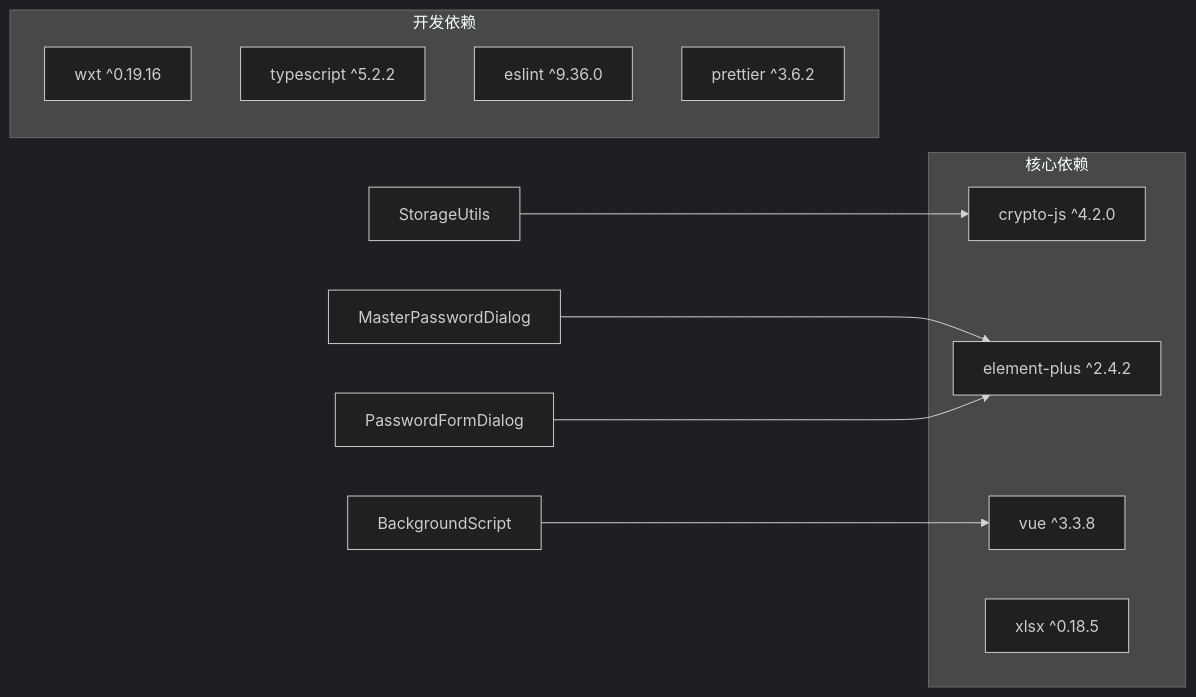
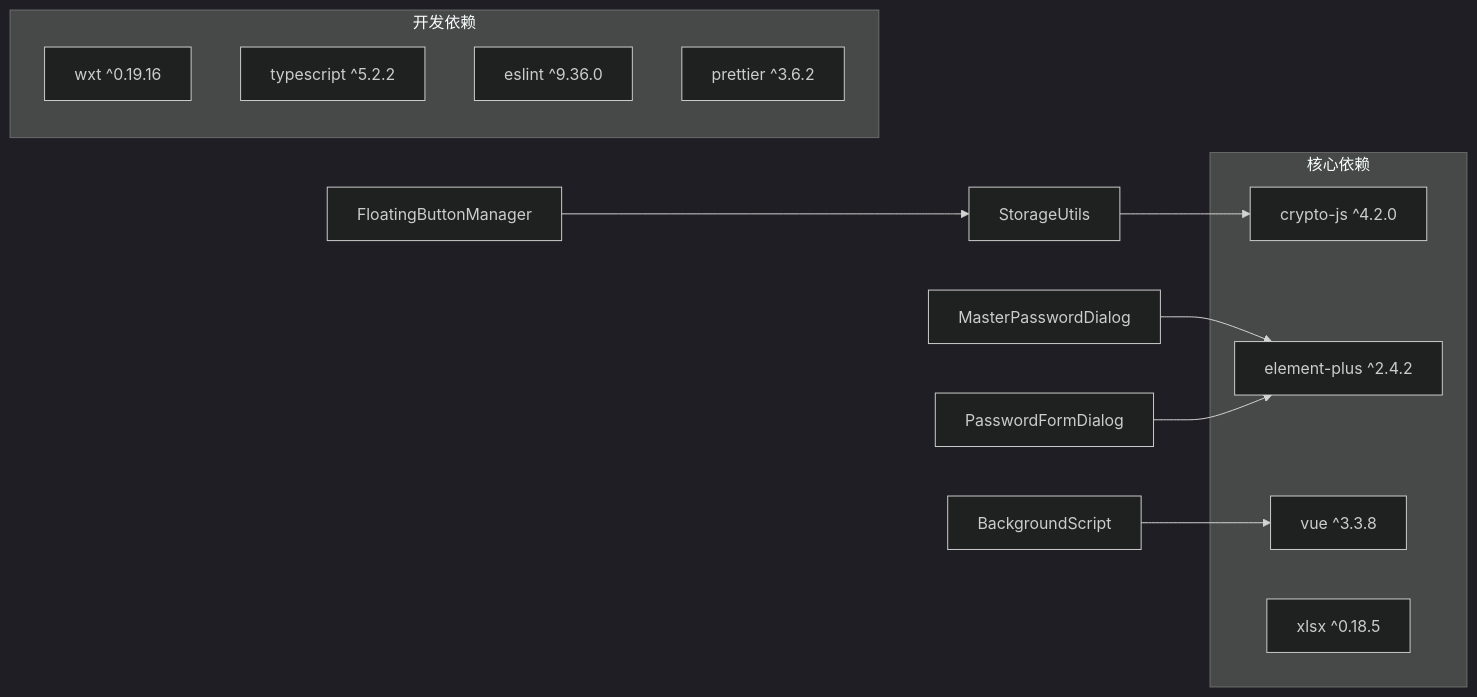
Diagram 12 of 13 in .qoder/repowiki/zh/content/核心模块/存储管理系统.md (liaolongdong/account-password-helper), drawn with Mermaid (dark theme) before and after one commit. The commit also changed other lines of this file and 23 other files, not shown here.

````diff
--- a/.qoder/repowiki/zh/content/核心模块/存储管理系统.md
+++ b/.qoder/repowiki/zh/content/核心模块/存储管理系统.md
@@ -334,19 +645,20 @@
 ```mermaid
 graph LR
 subgraph "核心依赖"
 CryptoJS[crypto-js ^4.2.0]
 ElementPlus[element-plus ^2.4.2]
 Vue[vue ^3.3.8]
 XLSX[xlsx ^0.18.5]
 end
 subgraph "开发依赖"
 WXT[wxt ^0.19.16]
 TypeScript[typescript ^5.2.2]
 ESLint[eslint ^9.36.0]
 Prettier[prettier ^3.6.2]
 end
 StorageUtils --> CryptoJS
 MasterPasswordDialog --> ElementPlus
 PasswordFormDialog --> ElementPlus
 BackgroundScript --> Vue
+FloatingButtonManager --> StorageUtils
 ```
````
